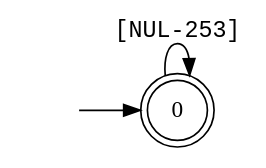
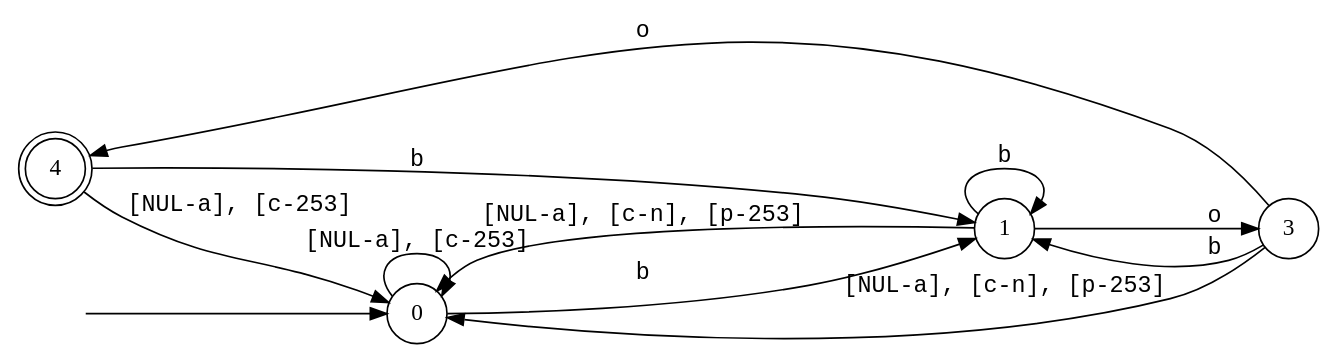
One commit to vlab-cs-ucsb/ABC changed the diagram in src/output/result_1.dot. Above: the diagram before and after it, drawn with Graphviz. The commit also changed 13 other files, not shown here.

```diff
--- a/src/output/result_1.dot
+++ b/src/output/result_1.dot
@@ -1,13 +1,22 @@
 digraph MONA_DFA {
  rankdir = LR;
   center = true;
  size = "700.5,1000.5";
  edge [fontname = Courier];
  node [height = .5, width = .5];
- node [shape = doublecircle]; 0;
- node [shape = circle];
+ node [shape = doublecircle]; 4;
+ node [shape = circle]; 0; 1; 3;
  node [shape = box];
  init [shape = plaintext, label = ""];
  init -> 0;
- 0 -> 0 [label=" [NUL-253]"];
+ 0 -> 0 [label=" [NUL-a], [c-253]"];
+ 0 -> 1 [label=" b"];
+ 1 -> 0 [label=" [NUL-a], [c-n], [p-253]\n"];
+ 1 -> 1 [label=" b"];
+ 1 -> 3 [label=" o"];
+ 3 -> 0 [label=" [NUL-a], [c-n], [p-253]\n"];
+ 3 -> 1 [label=" b"];
+ 3 -> 4 [label=" o"];
+ 4 -> 0 [label=" [NUL-a], [c-253]"];
+ 4 -> 1 [label=" b"];
 }
```
